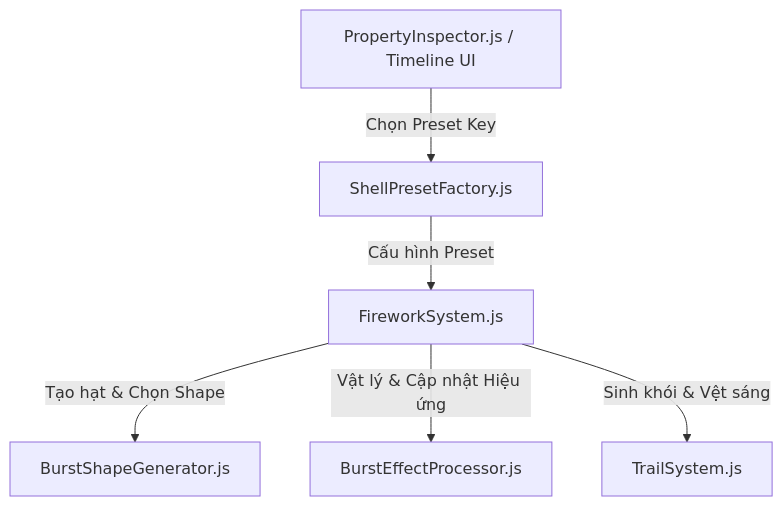
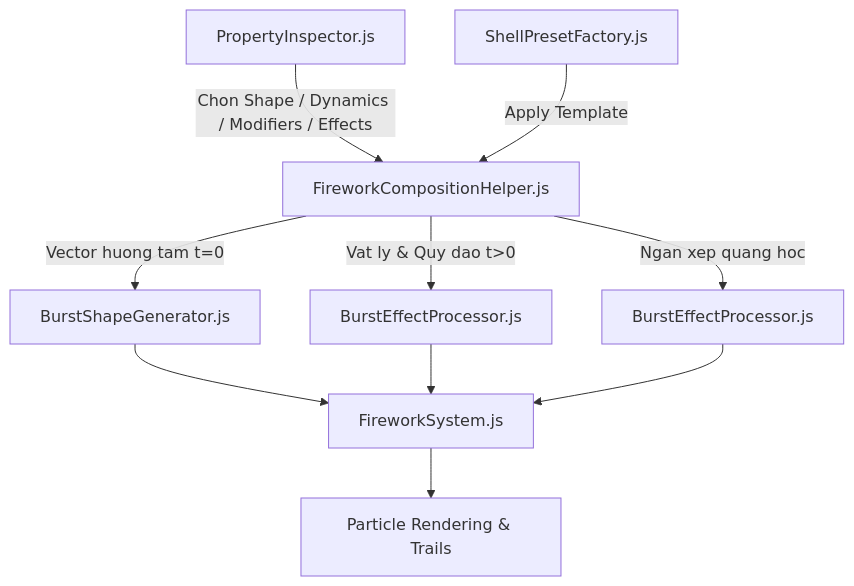
One commit to ThAolInh20/Shell-Drone-Editor changed the diagram in .agents/skills/ds-create-shell/workflow.md. Above: the diagram before and after it, drawn with Mermaid. The commit also changed other lines of this file and 1 other file, not shown here.

Commit message:
docs(rules): enforce firework composition architecture and update create-shell skill

````diff
--- a/.agents/skills/ds-create-shell/workflow.md
+++ b/.agents/skills/ds-create-shell/workflow.md
@@ -11,8 +11,12 @@
 ```mermaid
 graph TD
-    A[PropertyInspector.js / Timeline UI] -->|Chọn Preset Key| B[ShellPresetFactory.js]
-    B -->|Cấu hình Preset| C[FireworkSystem.js]
-    C -->|Tạo hạt & Chọn Shape| D[BurstShapeGenerator.js]
-    C -->|Vật lý & Cập nhật Hiệu ứng| E[BurstEffectProcessor.js]
-    C -->|Sinh khói & Vệt sáng| F[TrailSystem.js]
+    UI[PropertyInspector.js] -->|Chon Shape / Dynamics / Modifiers / Effects| COMP[FireworkCompositionHelper.js]
+    PRESET[ShellPresetFactory.js] -->|Apply Template| COMP
+    COMP -->|Vector huong tam t=0| SHAPE[BurstShapeGenerator.js]
+    COMP -->|Vat ly & Quy dao t>0| DYN[BurstEffectProcessor.js]
+    COMP -->|Ngan xep quang hoc| EFF[BurstEffectProcessor.js]
+    SHAPE --> SYS[FireworkSystem.js]
+    DYN --> SYS
+    EFF --> SYS
+    SYS --> PART[Particle Rendering & Trails]
 ```
````
